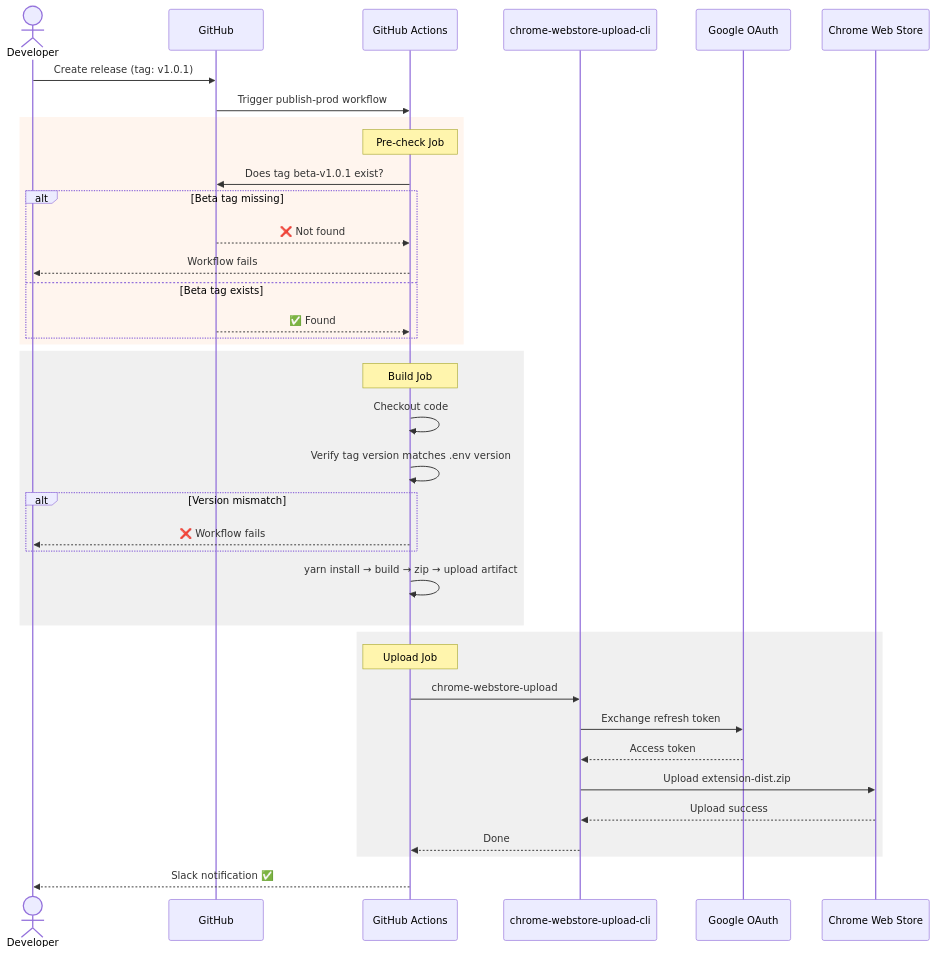
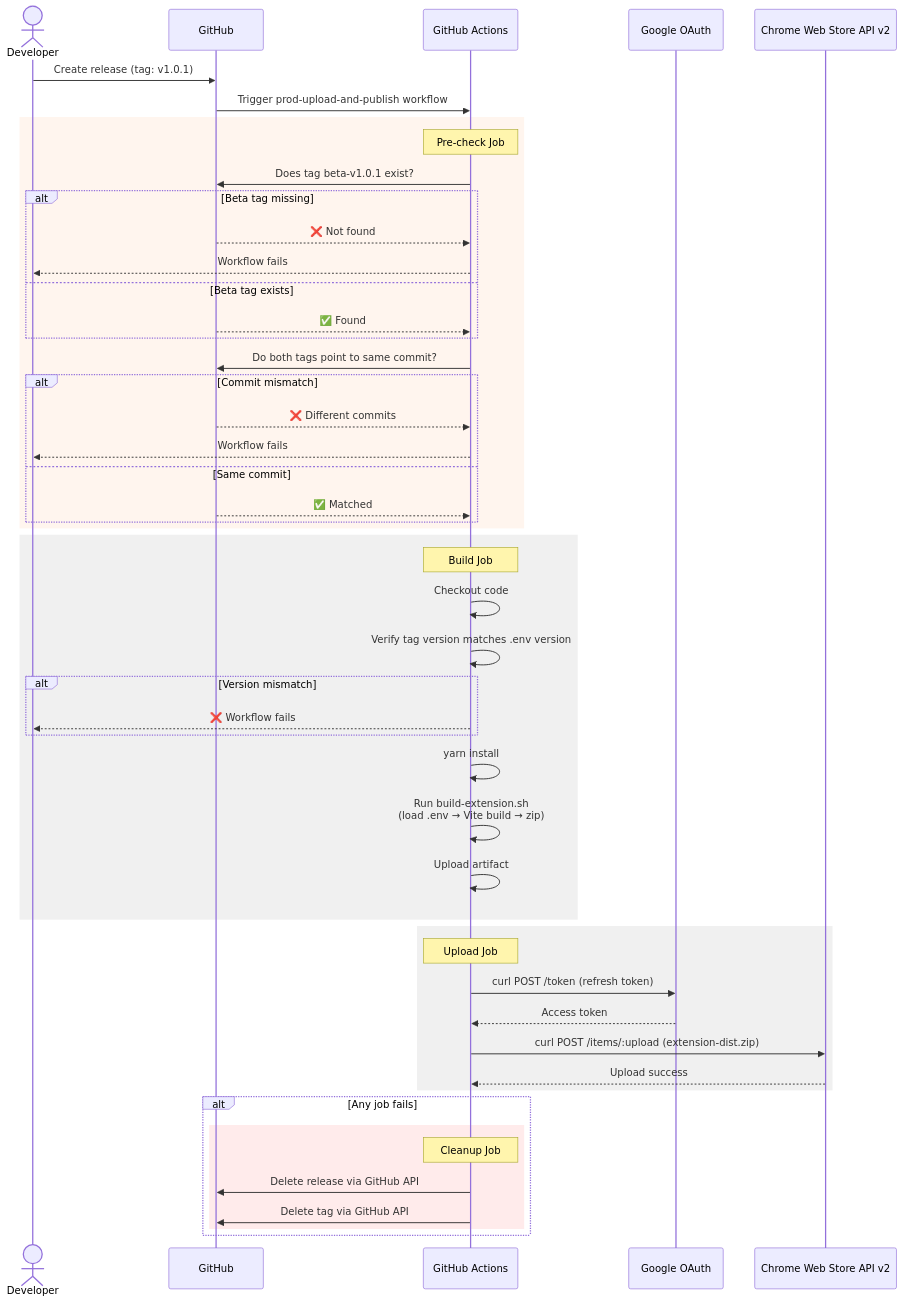
One commit to cg-ysun/chrome-extension-test changed the diagram in docs/prod-workflow.mmd. Above: the diagram before and after it, drawn with Mermaid. The commit also changed 4 other files, not shown here.

Commit message:
updated sequence diagram

```diff
--- a/docs/prod-workflow.mmd
+++ b/docs/prod-workflow.mmd
@@ -1,43 +1,55 @@
 sequenceDiagram
     actor Dev as Developer
     participant GH as GitHub
     participant GHA as GitHub Actions
-    participant CLI as chrome-webstore-upload-cli
     participant OAuth as Google OAuth
-    participant CWS as Chrome Web Store
+    participant CWS as Chrome Web Store API v2
 
     Dev->>GH: Create release (tag: v1.0.1)
-    GH->>GHA: Trigger publish-prod workflow
+    GH->>GHA: Trigger prod-upload-and-publish workflow
 
     rect rgb(255, 245, 238)
         Note over GHA: Pre-check Job
         GHA->>GH: Does tag beta-v1.0.1 exist?
         alt Beta tag missing
             GH-->>GHA: ❌ Not found
             GHA-->>Dev: Workflow fails
         else Beta tag exists
             GH-->>GHA: ✅ Found
         end
+        GHA->>GH: Do both tags point to same commit?
+        alt Commit mismatch
+            GH-->>GHA: ❌ Different commits
+            GHA-->>Dev: Workflow fails
+        else Same commit
+            GH-->>GHA: ✅ Matched
+        end
     end
 
     rect rgb(240, 240, 240)
         Note over GHA: Build Job
         GHA->>GHA: Checkout code
         GHA->>GHA: Verify tag version matches .env version
         alt Version mismatch
             GHA-->>Dev: ❌ Workflow fails
         end
-        GHA->>GHA: yarn install → build → zip → upload artifact
+        GHA->>GHA: yarn install
+        GHA->>GHA: Run build-extension.sh<br/>(load .env → Vite build → zip)
+        GHA->>GHA: Upload artifact
     end
 
     rect rgb(240, 240, 240)
         Note over GHA: Upload Job
-        GHA->>CLI: chrome-webstore-upload
-        CLI->>OAuth: Exchange refresh token
-        OAuth-->>CLI: Access token
-        CLI->>CWS: Upload extension-dist.zip
-        CWS-->>CLI: Upload success
-        CLI-->>GHA: Done
+        GHA->>OAuth: curl POST /token (refresh token)
+        OAuth-->>GHA: Access token
+        GHA->>CWS: curl POST /items/:upload (extension-dist.zip)
+        CWS-->>GHA: Upload success
     end
 
-    GHA-->>Dev: Slack notification ✅
+    alt Any job fails
+        rect rgb(255, 235, 235)
+            Note over GHA: Cleanup Job
+            GHA->>GH: Delete release via GitHub API
+            GHA->>GH: Delete tag via GitHub API
+        end
+    end
```
